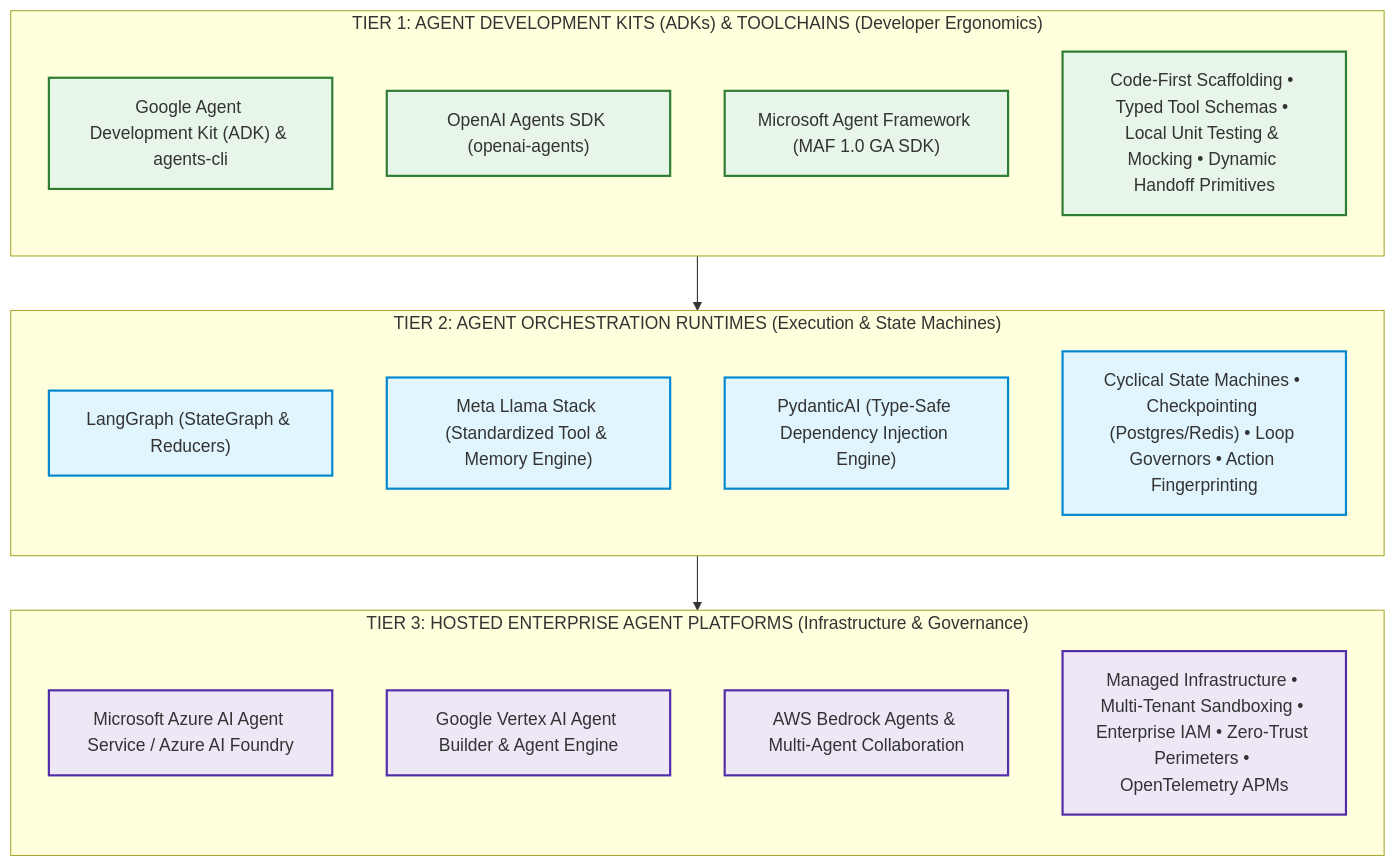
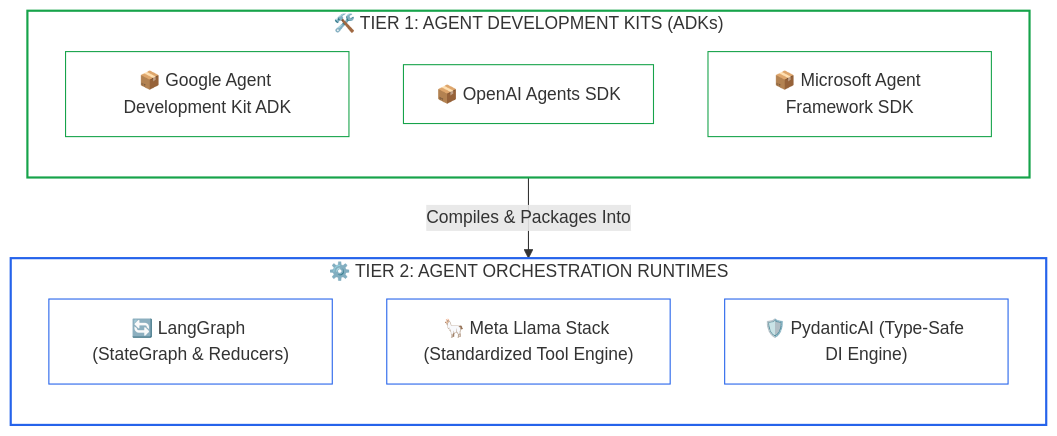
One commit to dip4k/senior-engineer-to-ai-engineer-roadmap changed the first of 4 diagrams in 04-agentic-systems-and-orchestration/07-agent-development-platforms-and-adks.md. Above: the diagram before and after it, drawn with Mermaid. The commit also changed other lines of this file and 94 other files, not shown here.

Commit message:
refactor(curriculum): complete Phase 04 upgrade and enforce diagram renderer invariants

````diff
--- a/04-agentic-systems-and-orchestration/07-agent-development-platforms-and-adks.md
+++ b/04-agentic-systems-and-orchestration/07-agent-development-platforms-and-adks.md
@@ -37,32 +48,27 @@
 ```mermaid
 flowchart TD
-    classDef l3 fill:#ede7f6,stroke:#512da8,stroke-width:2px;
-    classDef l2 fill:#e1f5fe,stroke:#0288d1,stroke-width:2px;
-    classDef l1 fill:#e8f5e9,stroke:#2e7d32,stroke-width:2px;
-
-    subgraph Layer3["TIER 3: HOSTED ENTERPRISE AGENT PLATFORMS (Infrastructure & Governance)"]
+    subgraph Layer1["🛠️ TIER 1: AGENT DEVELOPMENT KITS (ADKs)"]
         direction TB
-        P1["Microsoft Azure AI Agent Service / Azure AI Foundry"]:::l3
-        P2["Google Vertex AI Agent Builder & Agent Engine"]:::l3
-        P3["AWS Bedrock Agents & Multi-Agent Collaboration"]:::l3
-        P_Desc["Managed Infrastructure • Multi-Tenant Sandboxing • Enterprise IAM • Zero-Trust Perimeters • OpenTelemetry APMs"]:::l3
+        D1["📦 Google Agent Development Kit ADK"]
+        D2["📦 OpenAI Agents SDK"]
+        D3["📦 Microsoft Agent Framework SDK"]
     end
 
-    subgraph Layer2["TIER 2: AGENT ORCHESTRATION RUNTIMES (Execution & State Machines)"]
+    subgraph Layer2["⚙️ TIER 2: AGENT ORCHESTRATION RUNTIMES"]
         direction TB
-        R1["LangGraph (StateGraph & Reducers)"]:::l2
-        R2["Meta Llama Stack (Standardized Tool & Memory Engine)"]:::l2
-        R3["PydanticAI (Type-Safe Dependency Injection Engine)"]:::l2
-        R_Desc["Cyclical State Machines • Checkpointing (Postgres/Redis) • Loop Governors • Action Fingerprinting"]:::l2
+        R1["🔄 LangGraph (StateGraph & Reducers)"]
+        R2["🦙 Meta Llama Stack (Standardized Tool Engine)"]
+        R3["🛡️ PydanticAI (Type-Safe DI Engine)"]
     end
 
-    subgraph Layer1["TIER 1: AGENT DEVELOPMENT KITS (ADKs) & TOOLCHAINS (Developer Ergonomics)"]
-        direction TB
-        D1["Google Agent Development Kit (ADK) & agents-cli"]:::l1
-        D2["OpenAI Agents SDK (openai-agents)"]:::l1
-        D3["Microsoft Agent Framework (MAF 1.0 GA SDK)"]:::l1
-        D_Desc["Code-First Scaffolding • Typed Tool Schemas • Local Unit Testing & Mocking • Dynamic Handoff Primitives"]:::l1
-    end
+    Layer1 -->|"Compiles & Packages Into"| Layer2
 
-    Layer1 --> Layer2 --> Layer3
+    style Layer1 fill:none,stroke:#16a34a,stroke-width:2px
+    style Layer2 fill:none,stroke:#2563eb,stroke-width:2px
+    style D1 stroke:#16a34a,stroke-width:1px,fill:none
+    style D2 stroke:#16a34a,stroke-width:1px,fill:none
+    style D3 stroke:#16a34a,stroke-width:1px,fill:none
+    style R1 stroke:#2563eb,stroke-width:1px,fill:none
+    style R2 stroke:#2563eb,stroke-width:1px,fill:none
+    style R3 stroke:#2563eb,stroke-width:1px,fill:none
 ```
````
